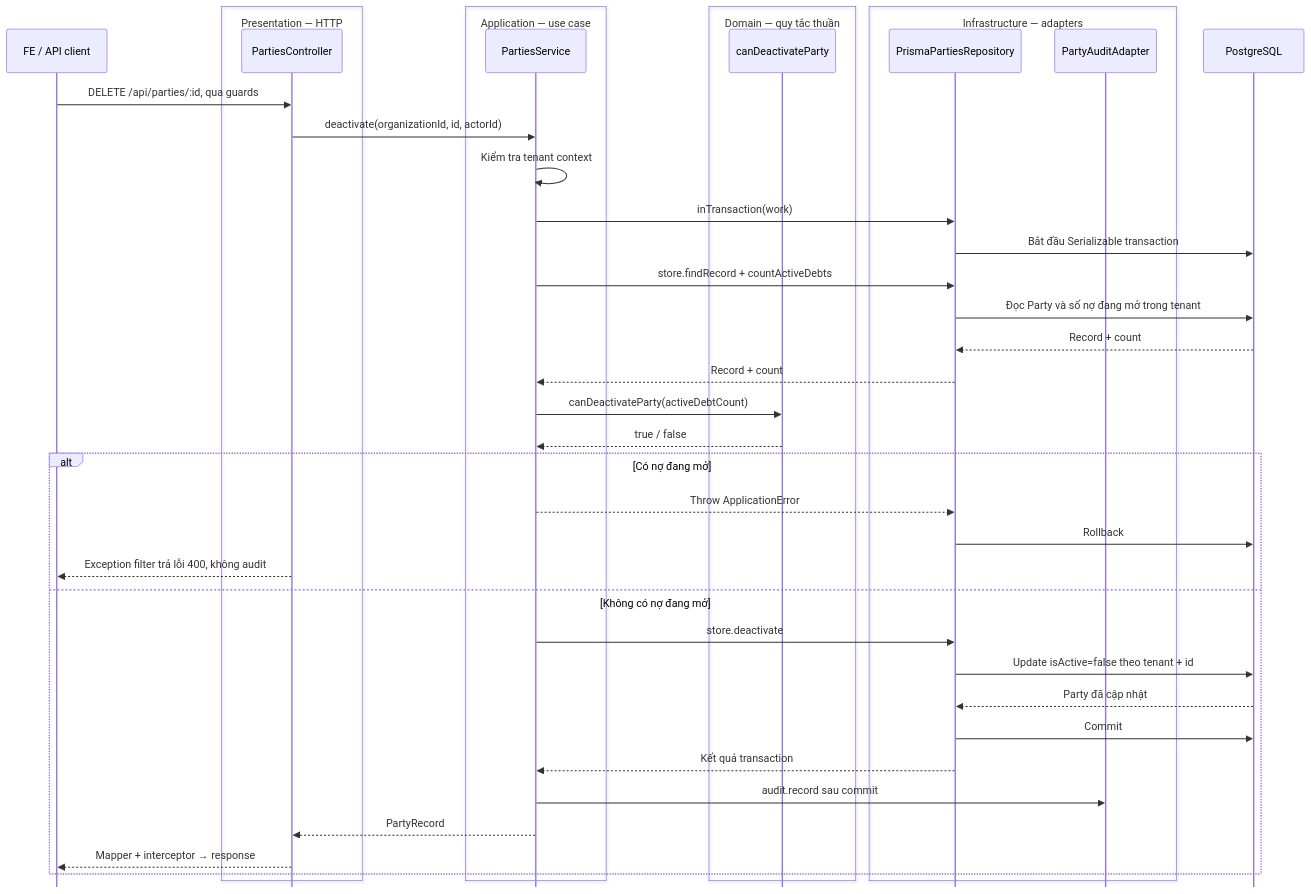
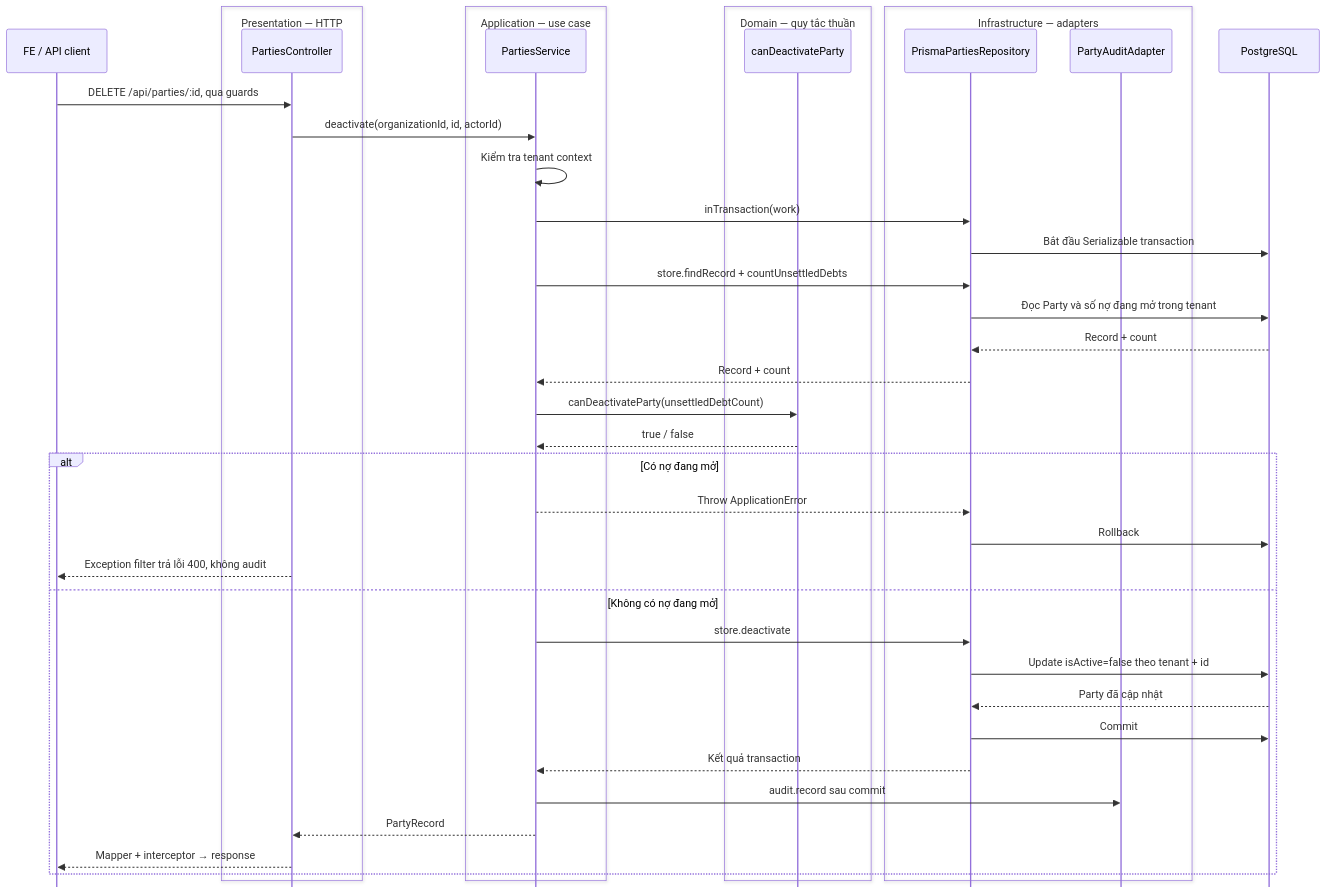
Before and after one commit to PhuongT1/debtflow-api: the fourth of 4 diagrams in docs/getting-started/architecture/party-architecture.md, drawn with Mermaid. The commit also changed other lines of this file and 248 other files, not shown here.

````diff
--- a/docs/getting-started/architecture/party-architecture.md
+++ b/docs/getting-started/architecture/party-architecture.md
@@ -212,54 +210,54 @@
 ```mermaid
 ---
 config:
   sequence:
     mirrorActors: false
     height: 65
     boxTextMargin: 10
   themeCSS: |
     /* Frame only the layer heading and participant names, not their lifelines. */
     .rect[fill="transparent"] { height: 110px; rx: 6px; stroke: #8b83a7 !important; stroke-width: 1px; }
     .rect[fill="transparent"] + .text { font-weight: 700 !important; }
 ---
 sequenceDiagram
   participant FE as FE / API client
   box transparent Presentation — HTTP
     participant C as PartiesController
   end
   box transparent Application — use case
     participant S as PartiesService
   end
   box transparent Domain — quy tắc thuần
     participant D as canDeactivateParty
   end
   box transparent Infrastructure — adapters
     participant R as PrismaPartiesRepository
     participant A as PartyAuditAdapter
   end
   participant DB as PostgreSQL
   FE->>C: DELETE /api/parties/:id, qua guards
   C->>S: deactivate(organizationId, id, actorId)
   S->>S: Kiểm tra tenant context
   S->>R: inTransaction(work)
   R->>DB: Bắt đầu Serializable transaction
-  S->>R: store.findRecord + countActiveDebts
+  S->>R: store.findRecord + countUnsettledDebts
   R->>DB: Đọc Party và số nợ đang mở trong tenant
   DB-->>R: Record + count
   R-->>S: Record + count
-  S->>D: canDeactivateParty(activeDebtCount)
+  S->>D: canDeactivateParty(unsettledDebtCount)
   D-->>S: true / false
   alt Có nợ đang mở
     S-->>R: Throw ApplicationError
     R->>DB: Rollback
     C-->>FE: Exception filter trả lỗi 400, không audit
   else Không có nợ đang mở
     S->>R: store.deactivate
     R->>DB: Update isActive=false theo tenant + id
     DB-->>R: Party đã cập nhật
     R->>DB: Commit
     R-->>S: Kết quả transaction
     S->>A: audit.record sau commit
     S-->>C: PartyRecord
     C-->>FE: Mapper + interceptor → response
   end
 ```
````
